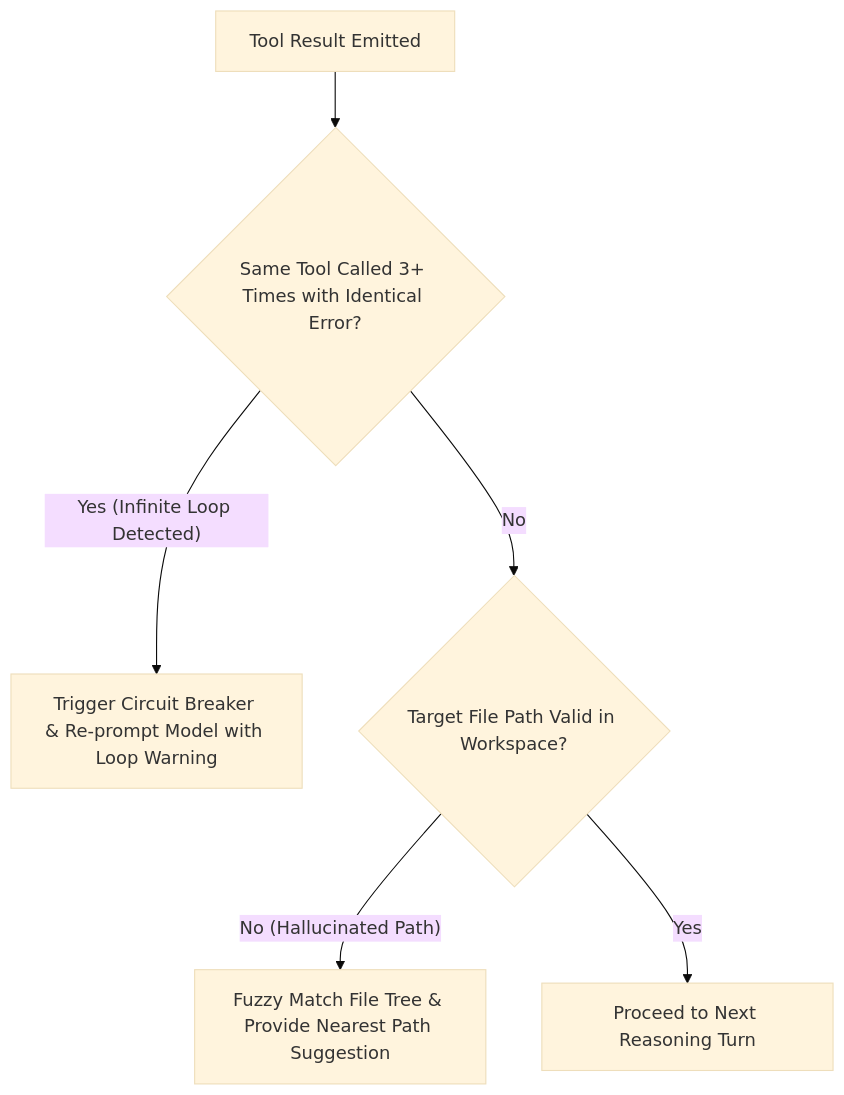
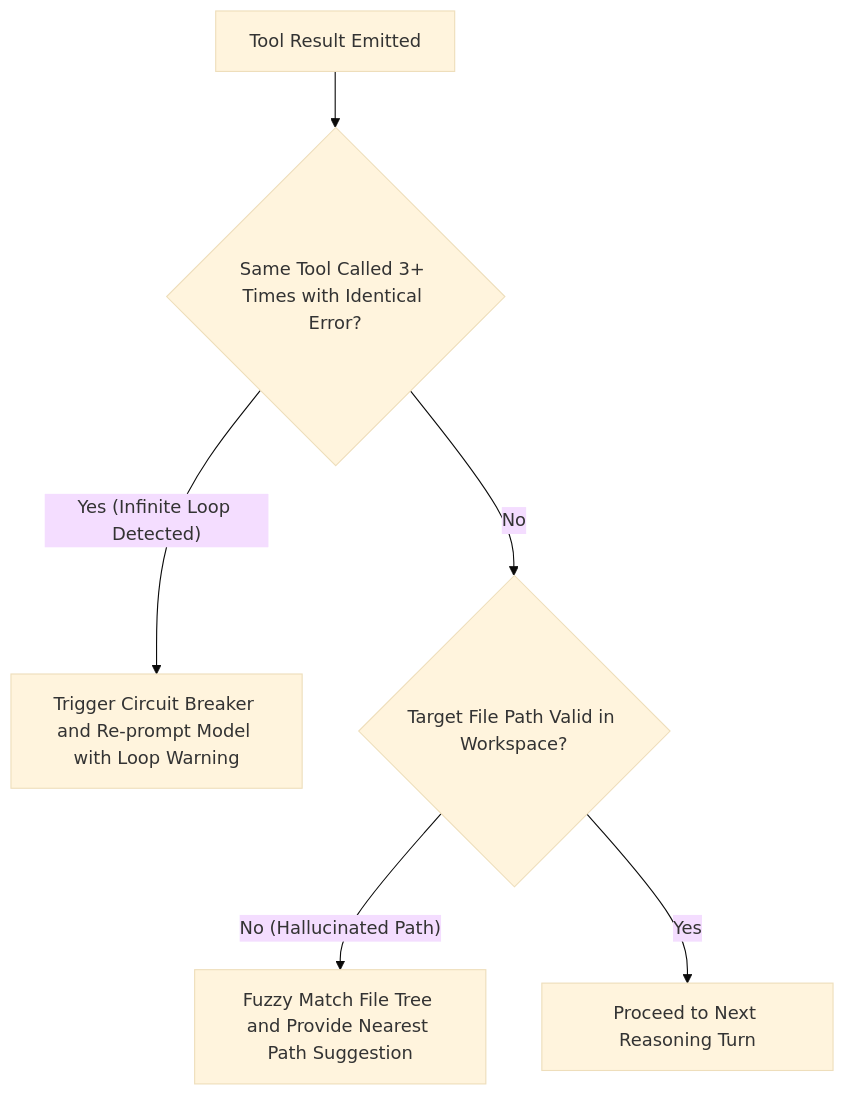
Before and after one commit to KerberoSec/KerberoSec-CLI: diagram 19 of 24 in README.md, drawn with Mermaid (base theme). The commit also changed other lines of this file and 5 other files, not shown here.

````diff
--- a/README.md
+++ b/README.md
@@ -552,9 +659,9 @@
 ```mermaid
 flowchart TD
     ToolResult["Tool Result Emitted"] --> LoopDetector{"Same Tool Called 3+ Times with Identical Error?"}
-    LoopDetector -- "Yes (Infinite Loop Detected)" --> HaltLoop["Trigger Circuit Breaker & Re-prompt Model with Loop Warning"]
+    LoopDetector -- "Yes (Infinite Loop Detected)" --> HaltLoop["Trigger Circuit Breaker and Re-prompt Model with Loop Warning"]
     
     LoopDetector -- "No" --> PathValidator{"Target File Path Valid in Workspace?"}
-    PathValidator -- "No (Hallucinated Path)" --> SuggestPath["Fuzzy Match File Tree & Provide Nearest Path Suggestion"]
+    PathValidator -- "No (Hallucinated Path)" --> SuggestPath["Fuzzy Match File Tree and Provide Nearest Path Suggestion"]
     PathValidator -- "Yes" --> ProceedTurn["Proceed to Next Reasoning Turn"]
 ```
````
